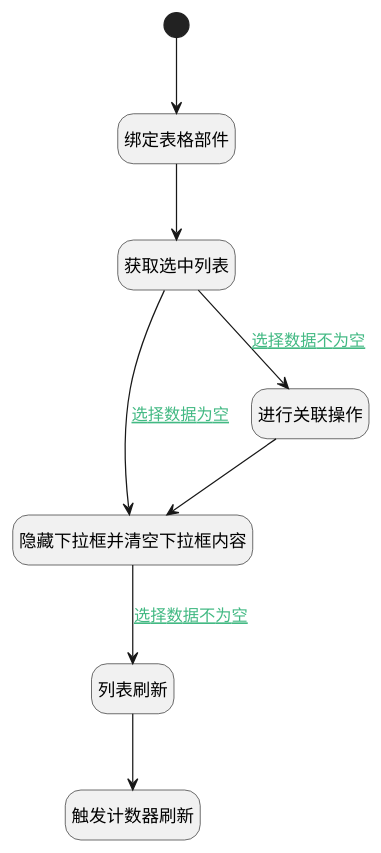
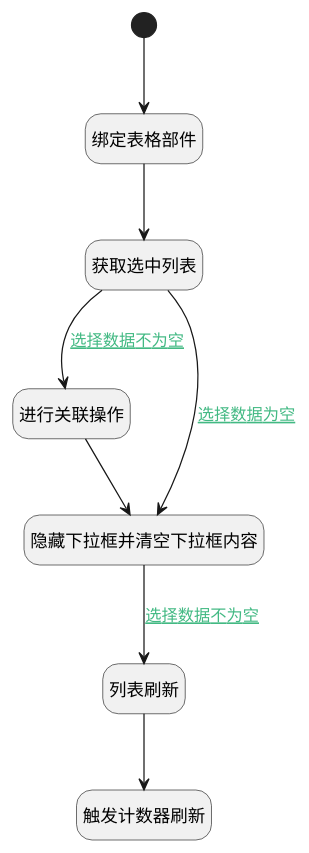
The diagram in doc/docsify/module/Base/relation/uilogic/add_dependency.md (iBizLab/plm), drawn with PlantUML before and after one commit. The commit also changed other lines of this file and 1276 other files, not shown here.

````diff
--- a/doc/docsify/module/Base/relation/uilogic/add_dependency.md
+++ b/doc/docsify/module/Base/relation/uilogic/add_dependency.md
@@ -7,30 +7,30 @@
 ```plantuml
 @startuml
 hide footbox
 <style>
 root {
   HyperlinkColor #42b983
 }
 </style>
 
 hide empty description
 state "开始" as Begin <<start>> [[$./add_dependency#begin {开始}]]
 state "获取选中列表" as RAWJSCODE2  [[$./add_dependency#rawjscode2 {获取选中列表}]]
-state "触发计数器刷新" as RAWJSCODE3  [[$./add_dependency#rawjscode3 {触发计数器刷新}]]
+state "进行关联操作" as DEACTION1  [[$./add_dependency#deaction1 {进行关联操作}]]
 state "绑定表格部件" as PREPAREJSPARAM1  [[$./add_dependency#preparejsparam1 {绑定表格部件}]]
 state "隐藏下拉框并清空下拉框内容" as RAWJSCODE1  [[$./add_dependency#rawjscode1 {隐藏下拉框并清空下拉框内容}]]
+state "触发计数器刷新" as RAWJSCODE3  [[$./add_dependency#rawjscode3 {触发计数器刷新}]]
 state "列表刷新" as VIEWCTRLINVOKE1  [[$./add_dependency#viewctrlinvoke1 {列表刷新}]]
-state "进行关联操作" as DEACTION1  [[$./add_dependency#deaction1 {进行关联操作}]]
 
 
 Begin --> PREPAREJSPARAM1
 PREPAREJSPARAM1 --> RAWJSCODE2
 RAWJSCODE2 --> DEACTION1 : [[$./add_dependency#rawjscode2-deaction1{选择数据不为空} 选择数据不为空]]
 DEACTION1 --> RAWJSCODE1
 RAWJSCODE1 --> VIEWCTRLINVOKE1 : [[$./add_dependency#rawjscode1-viewctrlinvoke1{选择数据不为空} 选择数据不为空]]
 VIEWCTRLINVOKE1 --> RAWJSCODE3
 RAWJSCODE2 --> RAWJSCODE1 : [[$./add_dependency#rawjscode2-rawjscode1{选择数据为空} 选择数据为空]]
 
 
 @enduml
 ```
````
